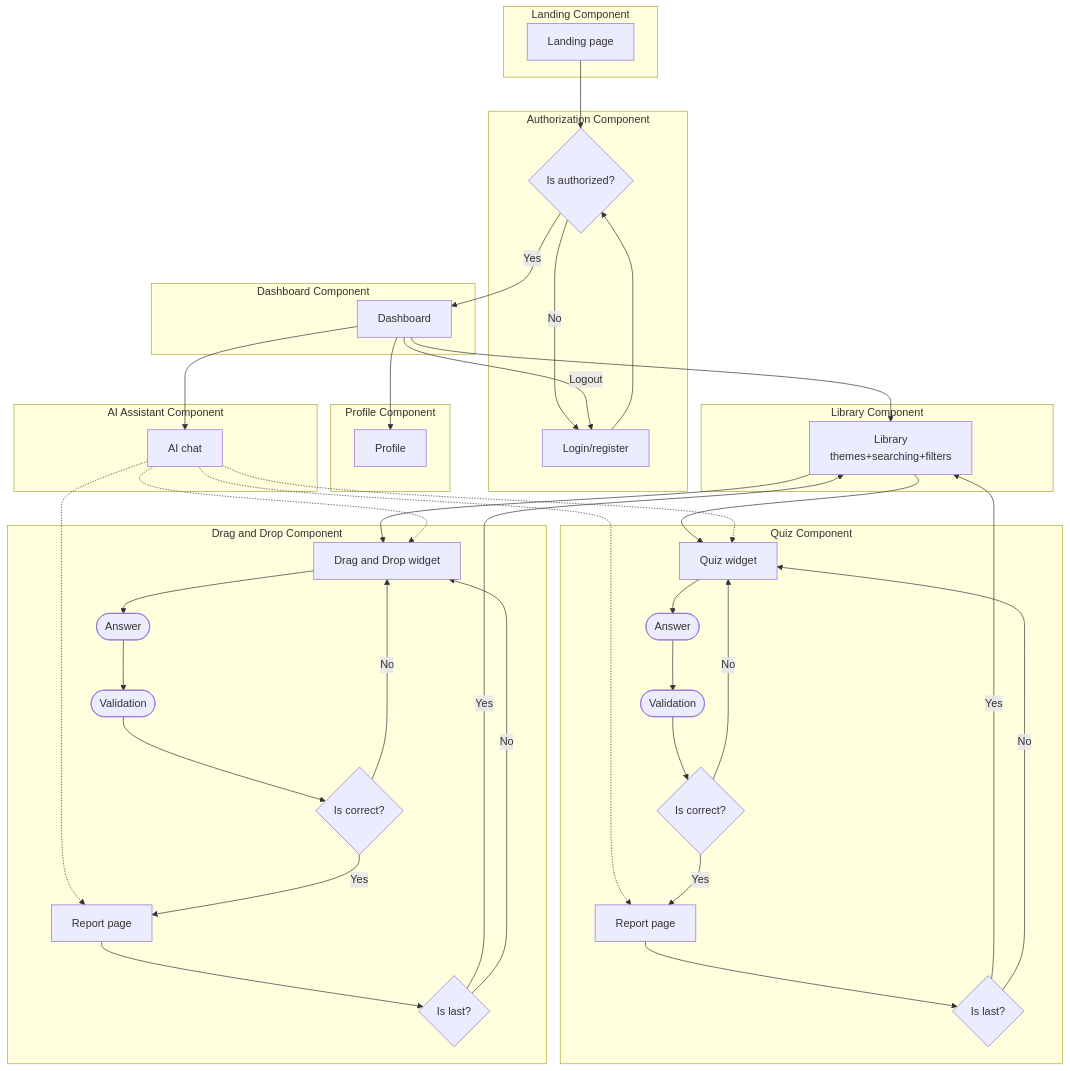
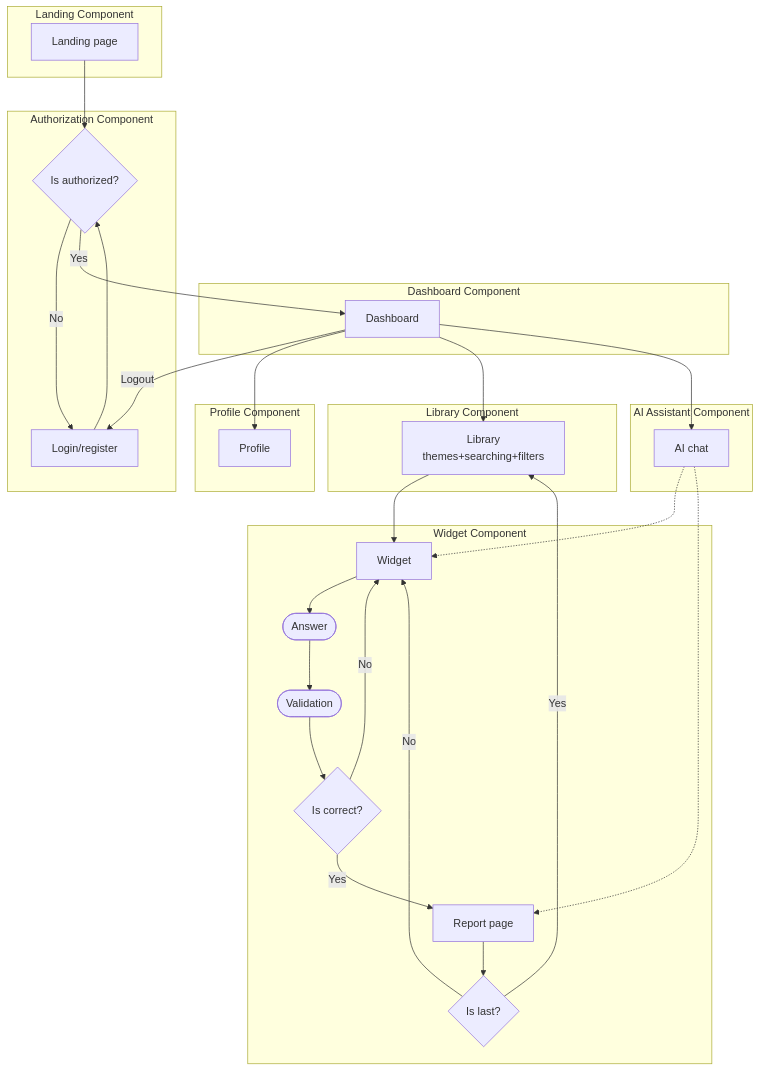
The diagram in docs/user-flow/user-flow-diagram.md (jsgods-rs-tandem/rs-tandem), drawn with Mermaid before and after one commit.

Commit message:
fix: remove unnecessary widget

````diff
--- a/docs/user-flow/user-flow-diagram.md
+++ b/docs/user-flow/user-flow-diagram.md
@@ -26,22 +26,13 @@
         Library[Library<br/>themes+searching+filters]
     end
 
-    subgraph QuizModule [Quiz Component]
-        Quiz[Quiz widget]
-        QuizAnswer([Answer])
-        QuizValidation([Validation])
-        QuizCorrect{Is correct?}
-        QuizReport[Report page]
-        QuizIsLast{Is last?}
-    end
-
-    subgraph DnDModule [Drag and Drop Component]
-        DnD[Drag and Drop widget]
-        DnDAnswer([Answer])
-        DnDValidation([Validation])
-        DnDCorrect{Is correct?}
-        DnDReport[Report page]
-        DnDIsLast{Is last?}
+    subgraph WidgetModule [Widget Component]
+        Widget[Widget]
+        WidgetAnswer([Answer])
+        WidgetValidation([Validation])
+        WidgetCorrect{Is correct?}
+        WidgetReport[Report page]
+        WidgetIsLast{Is last?}
     end
 
     %% General connections
@@ -55,34 +46,22 @@
     Dashboard --> Library
     Dashboard --> AIChat
 
-    Library --> Quiz
-    Library --> DnD
+    Library --> Widget
 
 
     %% Connections between components
 
-    AIChat -.-> Quiz
-    AIChat -.-> DnD
-    AIChat -.-> DnDReport
-    AIChat -.-> QuizReport
+    AIChat -.-> Widget
+    AIChat -.-> WidgetReport
 
-    %% Quiz
-    Quiz --> QuizAnswer
-    QuizAnswer --> QuizValidation
-    QuizValidation --> QuizCorrect
-    QuizCorrect -- No --> Quiz
-    QuizCorrect -- Yes --> QuizReport
-    QuizReport --> QuizIsLast
-    QuizIsLast -- Yes --> Library
-    QuizIsLast -- No --> Quiz
 
-    %% DnD
-    DnD --> DnDAnswer
-    DnDAnswer --> DnDValidation
-    DnDValidation --> DnDCorrect
-    DnDCorrect -- No --> DnD
-    DnDCorrect -- Yes --> DnDReport
-    DnDReport --> DnDIsLast
-    DnDIsLast -- Yes --> Library
-    DnDIsLast -- No --> DnD
+    %% Widget
+    Widget --> WidgetAnswer
+    WidgetAnswer --> WidgetValidation
+    WidgetValidation --> WidgetCorrect
+    WidgetCorrect -- No --> Widget
+    WidgetCorrect -- Yes --> WidgetReport
+    WidgetReport --> WidgetIsLast
+    WidgetIsLast -- Yes --> Library
+    WidgetIsLast -- No --> Widget
 ```
````
